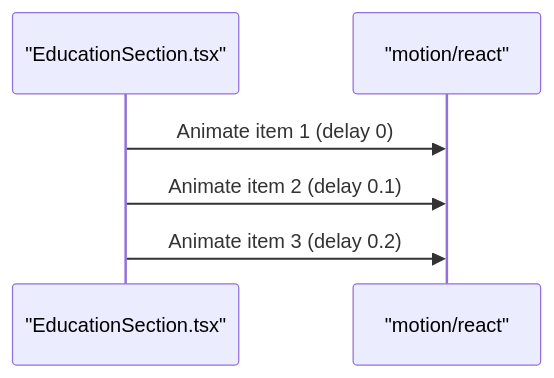
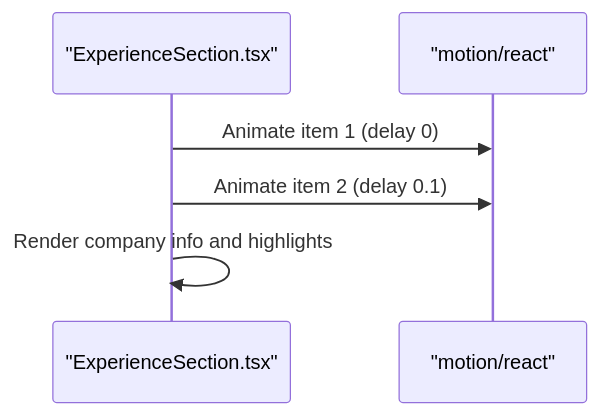
Before and after one commit to subash7781/Portfolio: the ninth of 12 diagrams in .qoder/repowiki/en/content/Component Library & UI Elements/Component Library & UI Elements.md, drawn with Mermaid. The commit also changed other lines of this file and 5 other files, not shown here.

````diff
--- a/.qoder/repowiki/en/content/Component Library & UI Elements/Component Library & UI Elements.md
+++ b/.qoder/repowiki/en/content/Component Library & UI Elements/Component Library & UI Elements.md
@@ -360,8 +419,8 @@
 ```mermaid
 sequenceDiagram
-participant Education as "EducationSection.tsx"
+participant Experience as "ExperienceSection.tsx"
 participant Motion as "motion/react"
-Education->>Motion : Animate item 1 (delay 0)
-Education->>Motion : Animate item 2 (delay 0.1)
-Education->>Motion : Animate item 3 (delay 0.2)
+Experience->>Motion : Animate item 1 (delay 0)
+Experience->>Motion : Animate item 2 (delay 0.1)
+Experience->>Experience : Render company info and highlights
 ```
````
